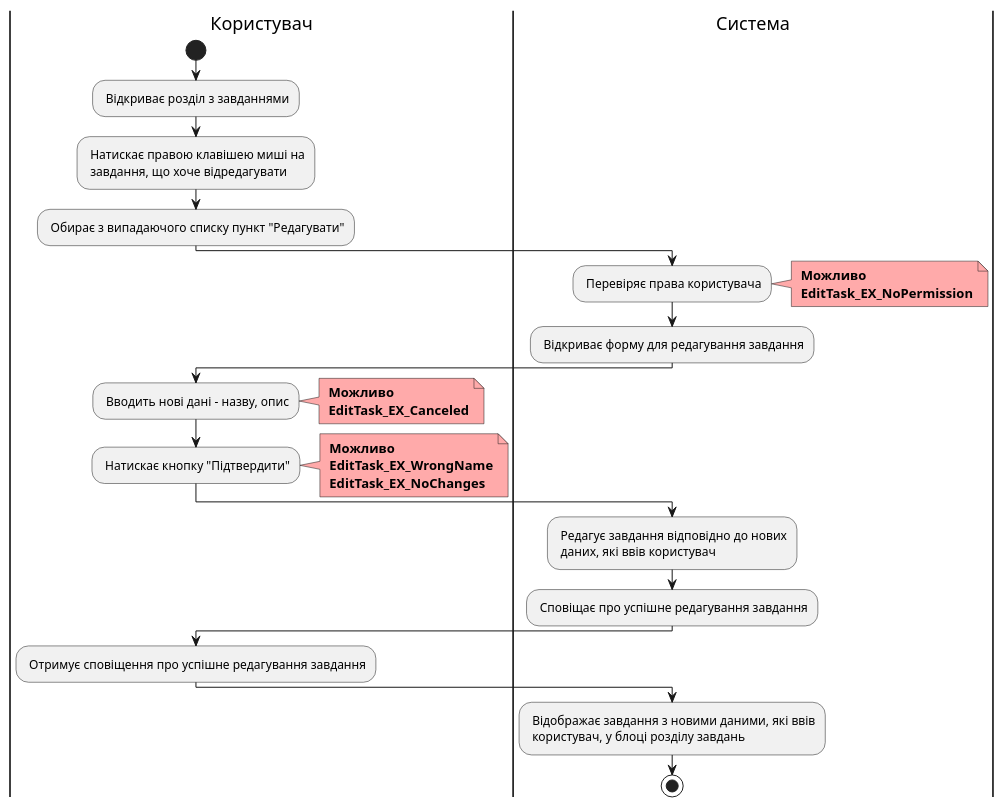
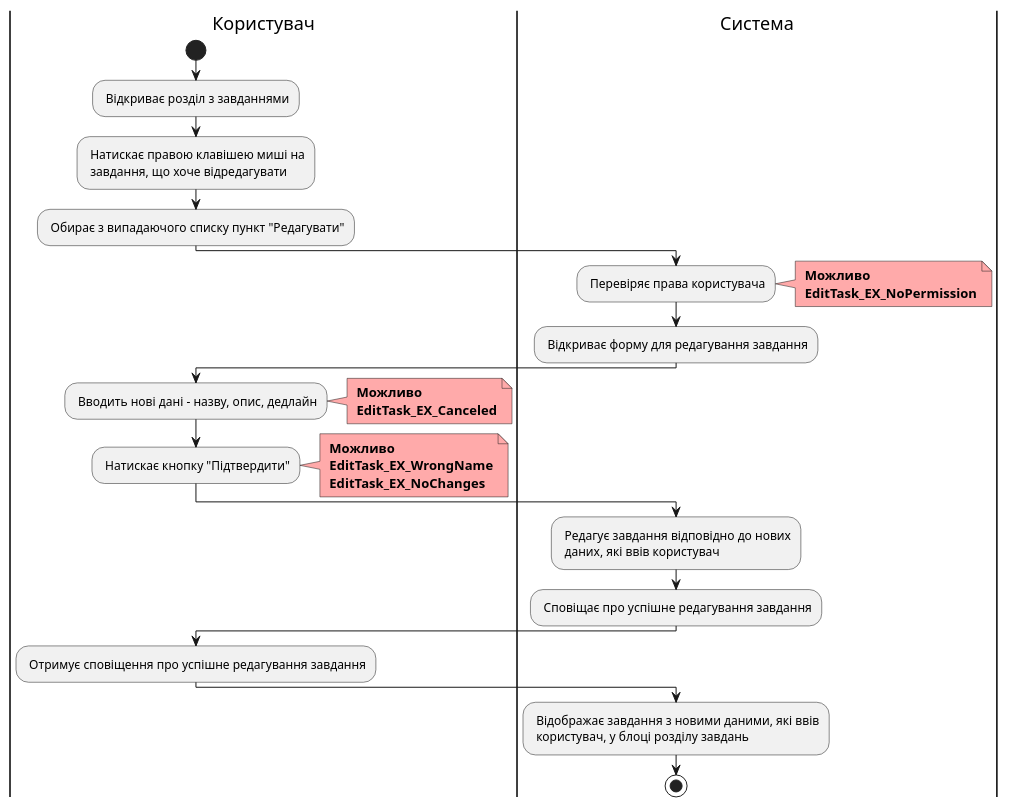
One commit to boldak/edu-db-cw changed diagram 13 of 22 in docs/use cases/README.md. Above: the diagram before and after it, drawn with PlantUML. The commit also changed other lines of this file and 1 other file, not shown here.

Commit message:
fixed usecases for task

```diff
--- a/docs/use cases/README.md
+++ b/docs/use cases/README.md
@@ -861,51 +861,51 @@
 @startuml    
     
     |Користувач|
     start
     : Відкриває розділ з завданнями;
     
     |Користувач|
     : Натискає правою клавішею миші на\n завдання, що хоче відредагувати;
     
     |Користувач|
     : Обирає з випадаючого списку пункт "Редагувати";
     
     |Система|
     : Перевіряє права користувача;
     note right #ffaaaa
     <b> Можливо
     <b> EditTask_EX_NoPermission
     end note
         
     |Система|
     : Відкриває форму для редагування завдання;
         
     |Користувач|
-    : Вводить нові дані - назву, опис;
+    : Вводить нові дані - назву, опис, дедлайн;
     note right #ffaaaa
     <b> Можливо
     <b> EditTask_EX_Canceled
     end note
     
     |Користувач|
     : Натискає кнопку "Підтвердити";
     note right #ffaaaa
     <b> Можливо
     <b> EditTask_EX_WrongName
     <b> EditTask_EX_NoChanges
     end note
     
     |Система|
     : Редагує завдання відповідно до нових\n даних, які ввів користувач;
     
     |Система|
     : Сповіщає про успішне редагування завдання;
     
     |Користувач|
     : Отримує сповіщення про успішне редагування завдання;
     
     |Система|
     : Відображає завдання з новими даними, які ввів\n користувач, у блоці розділу завдань;
     stop;
     
 @enduml
```
